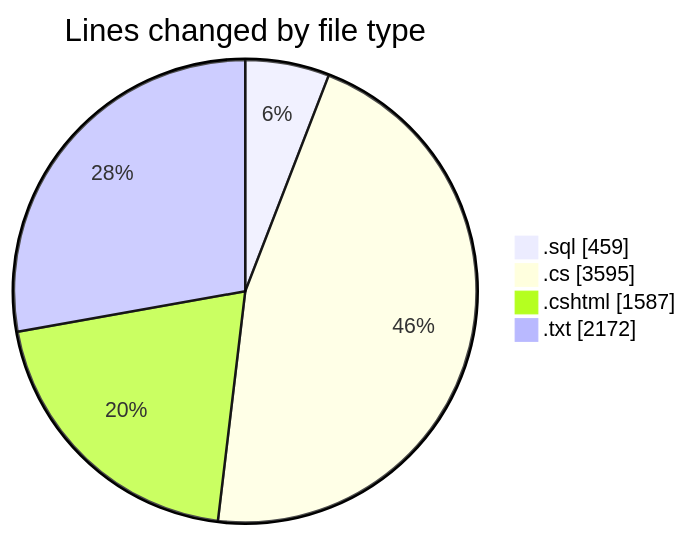
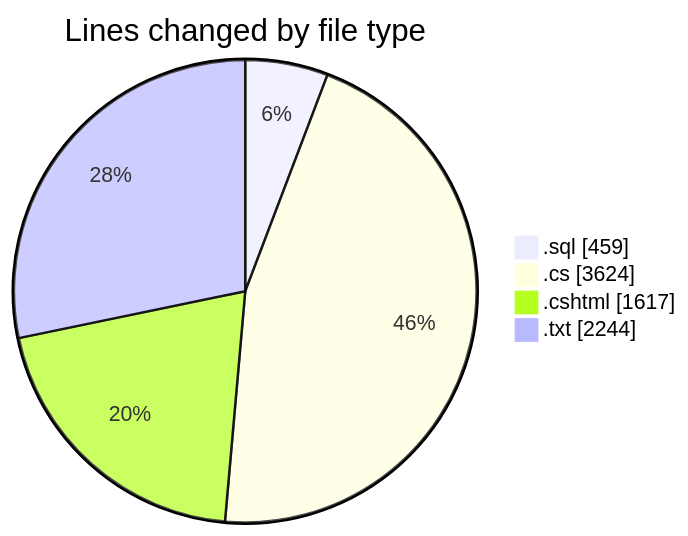
One commit to lephambinh05/code-tracking changed the first of 2 diagrams in 2025-07-23/quanlyrapchieuphim/README.md. Above: the diagram before and after it, drawn with Mermaid. The commit also changed other lines of this file and 1 other file, not shown here.

````diff
--- a/2025-07-23/quanlyrapchieuphim/README.md
+++ b/2025-07-23/quanlyrapchieuphim/README.md
@@ -33,8 +33,8 @@
 ```mermaid
 pie showData
 title Lines changed by file type
 ".sql" : 459
-".cs" : 3595
-".cshtml" : 1587
-".txt" : 2172
+".cs" : 3624
+".cshtml" : 1617
+".txt" : 2244
 ```
````
